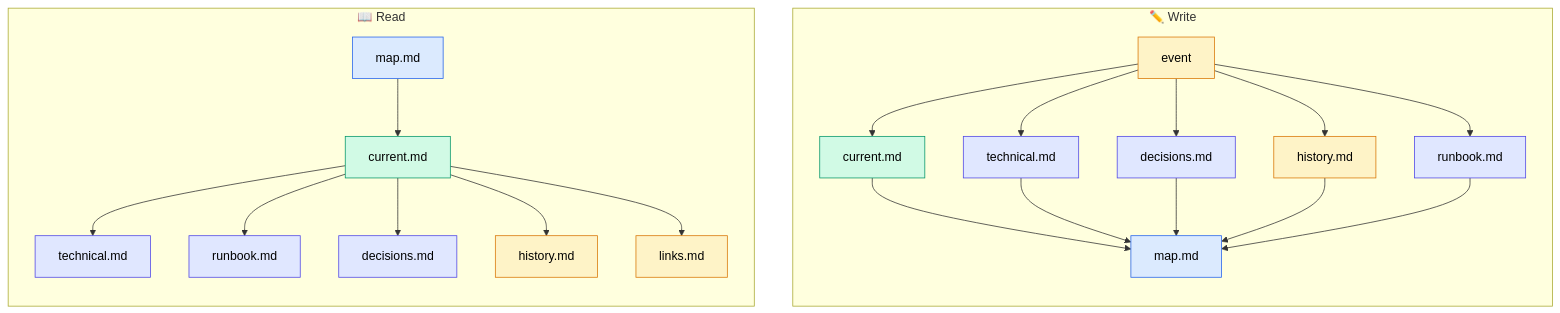
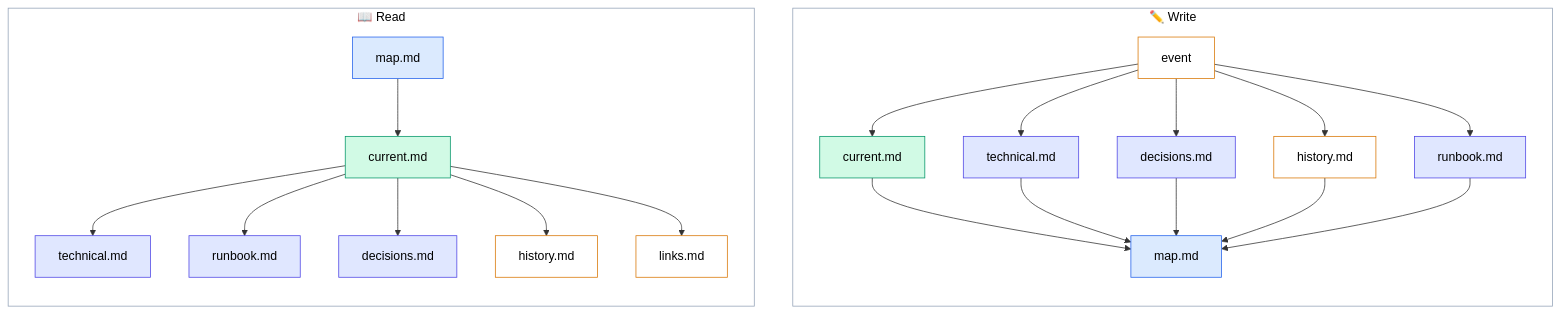
One commit to shavkunov/Second-brain changed the first of 3 diagrams in README.md. Above: the diagram before and after it, drawn with Mermaid.

````diff
--- a/README.md
+++ b/README.md
@@ -24,37 +24,39 @@
 ```mermaid
 flowchart LR
     subgraph read ["📖  Read"]
         M["map.md"] --> C["current.md"]
         C --> T["technical.md"]
         C --> R["runbook.md"]
         C --> D["decisions.md"]
         C --> H["history.md"]
         C --> L["links.md"]
     end
 
     subgraph write ["✏️  Write"]
         E["event"] --> C2["current.md"]
         E --> T2["technical.md"]
         E --> D2["decisions.md"]
         E --> H2["history.md"]
         E --> R2["runbook.md"]
         C2 & T2 & D2 & H2 & R2 --> MAP["map.md"]
     end
 
     read ~~~ write
 
     style M fill:#dbeafe,stroke:#2563eb,color:#000
     style C fill:#d1fae5,stroke:#059669,color:#000
     style T fill:#e0e7ff,stroke:#4f46e5,color:#000
     style R fill:#e0e7ff,stroke:#4f46e5,color:#000
     style D fill:#e0e7ff,stroke:#4f46e5,color:#000
-    style H fill:#fef3c7,stroke:#d97706,color:#000
-    style L fill:#fef3c7,stroke:#d97706,color:#000
-    style E fill:#fef3c7,stroke:#d97706,color:#000
+    style H fill:#ffffff,stroke:#d97706,color:#000
+    style L fill:#ffffff,stroke:#d97706,color:#000
+    style E fill:#ffffff,stroke:#d97706,color:#000
     style C2 fill:#d1fae5,stroke:#059669,color:#000
     style T2 fill:#e0e7ff,stroke:#4f46e5,color:#000
     style D2 fill:#e0e7ff,stroke:#4f46e5,color:#000
-    style H2 fill:#fef3c7,stroke:#d97706,color:#000
+    style H2 fill:#ffffff,stroke:#d97706,color:#000
     style R2 fill:#e0e7ff,stroke:#4f46e5,color:#000
     style MAP fill:#dbeafe,stroke:#2563eb,color:#000
+    style read fill:#ffffff,stroke:#94a3b8,color:#000
+    style write fill:#ffffff,stroke:#94a3b8,color:#000
 ```
````
